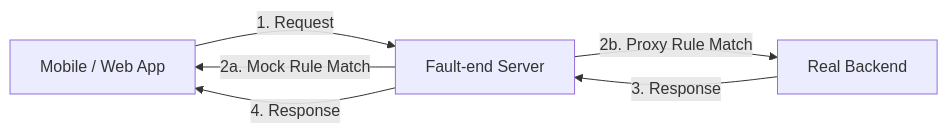
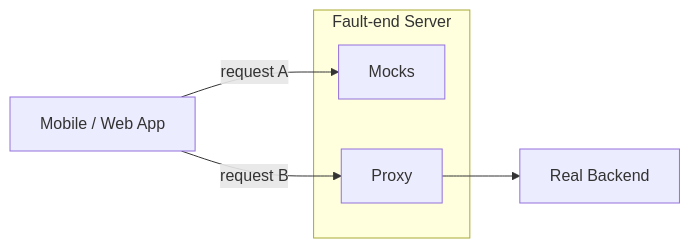
One commit to dalogax/faultend changed the diagram in README.md. Above: the diagram before and after it, drawn with Mermaid.

Commit message:
refactor: Update flowchart in README.md to improve clarity on request handling

````diff
--- a/README.md
+++ b/README.md
@@ -76,8 +76,12 @@
 ```mermaid
 flowchart LR
-    A[Mobile / Web App] -->|1. Request| B[Fault-end Server]
-    B -->|2a. Mock Rule Match| A
-    B -->|2b. Proxy Rule Match| C[Real Backend]
-    C -->|3. Response| B
-    B -->|4. Response| A
+    A[Mobile / Web App] -->|request A| M
+    A -->|request B| P
+    
+    subgraph B[Fault-end Server]
+        M[Mocks]
+        P[Proxy]
+    end
+    
+    P --> C[Real Backend]
 ```
````
